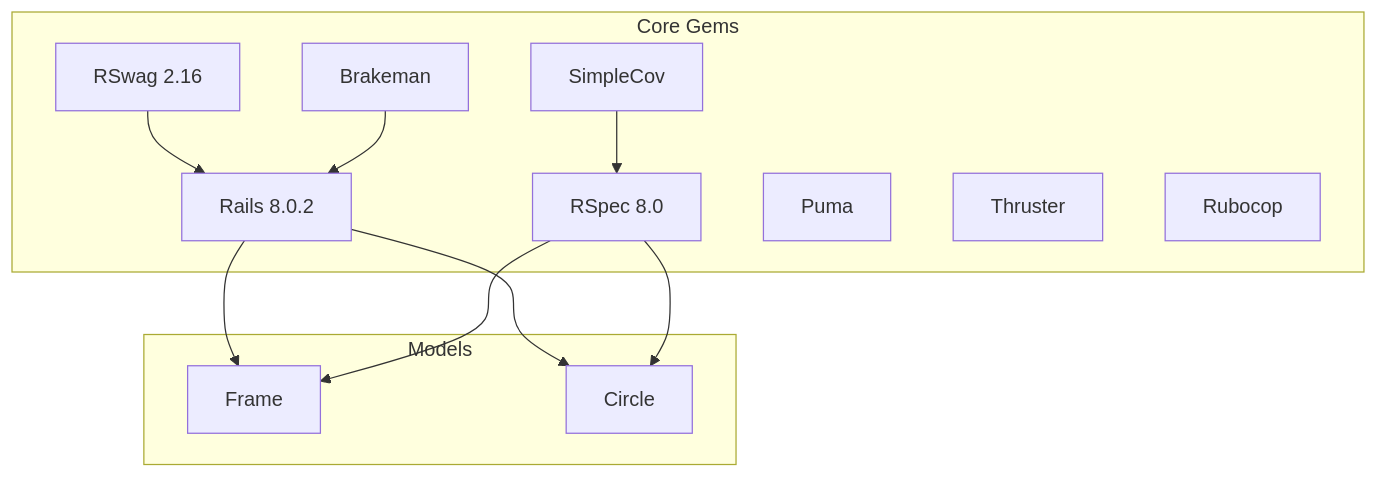
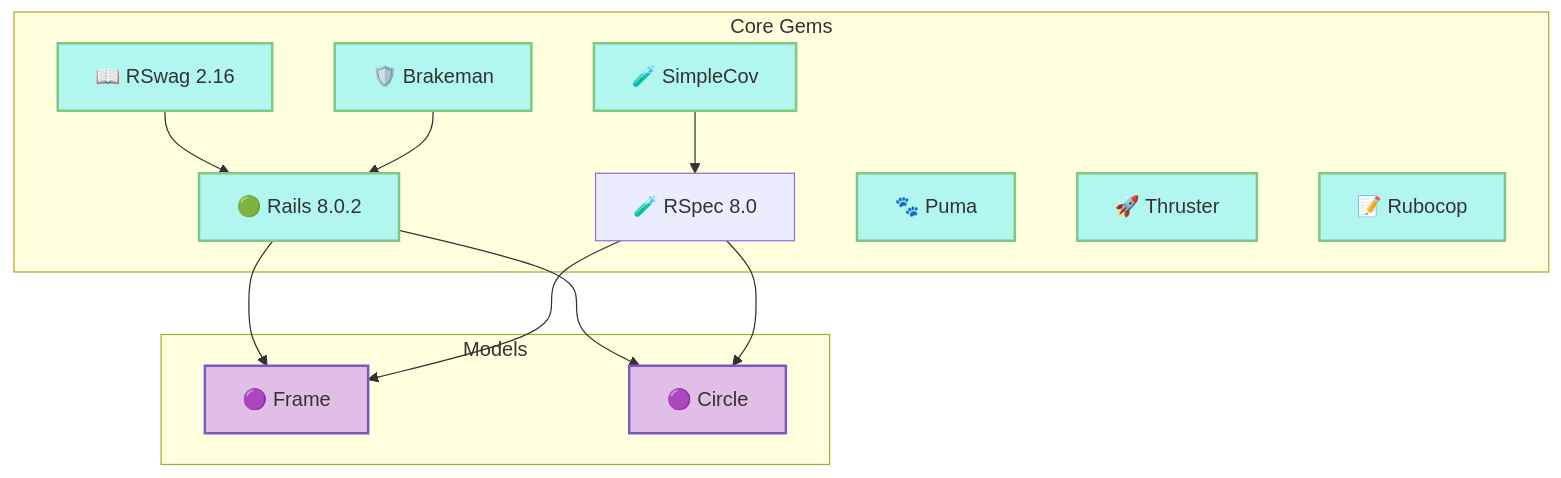
Before and after one commit to enogrob/rails_frames_and_circles_api: the second of 8 diagrams in README.md, drawn with Mermaid. The commit also changed other lines of this file and 2 other files, not shown here.

````diff
--- a/README.md
+++ b/README.md
@@ -89,26 +99,32 @@
 ```mermaid
+%% Gems Dependency Diagram with Pastel Colors and Emoticons
 graph TD
     subgraph "Core Gems"
-        Rails[Rails 8.0.2]
-        RSpec[RSpec 8.0]
-        RSwag[RSwag 2.16]
-        Brakeman[Brakeman]
-        SimpleCov[SimpleCov]
-        Puma[Puma]
-        Thruster[Thruster]
-        Rubocop[Rubocop]
+        Rails[🟢 Rails 8.0.2]
+        RSpec[🧪 RSpec 8.0]
+        RSwag[📖 RSwag 2.16]
+        Brakeman[🛡️ Brakeman]
+        SimpleCov[🧪 SimpleCov]
+        Puma[🐾 Puma]
+        Thruster[🚀 Thruster]
+        Rubocop[📝 Rubocop]
     end
 
     subgraph "Models"
-        Frame
-        Circle
+        Frame[🟣 Frame]
+        Circle[🟣 Circle]
     end
 
     Rails --> Frame
     Rails --> Circle
     RSpec --> Frame
     RSpec --> Circle
     RSwag --> Rails
     Brakeman --> Rails
     SimpleCov --> RSpec
+
+    classDef gem fill:#b2f7ef,stroke:#81c784,stroke-width:2px;
+    classDef model fill:#e1bee7,stroke:#7e57c2,stroke-width:2px;
+    class Rails,RSwag,Brakeman,SimpleCov,Puma,Thruster,Rubocop gem;
+    class Frame,Circle model;
 ```
````
